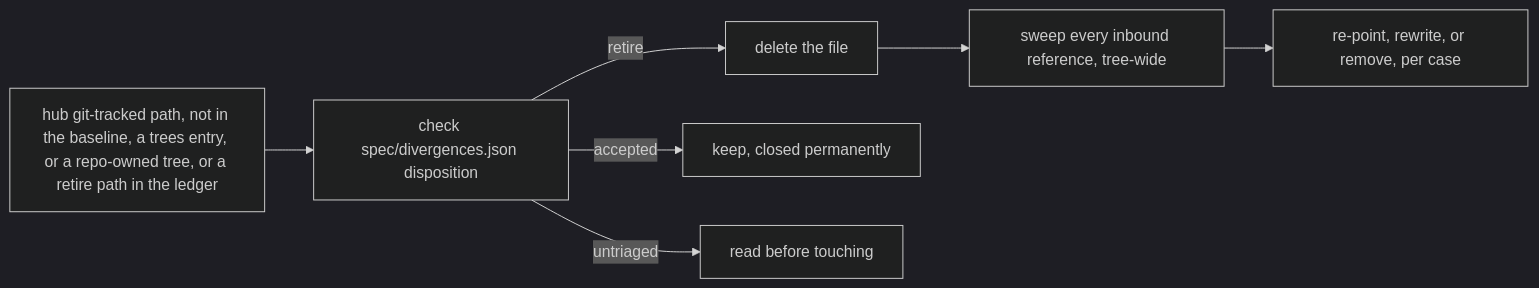
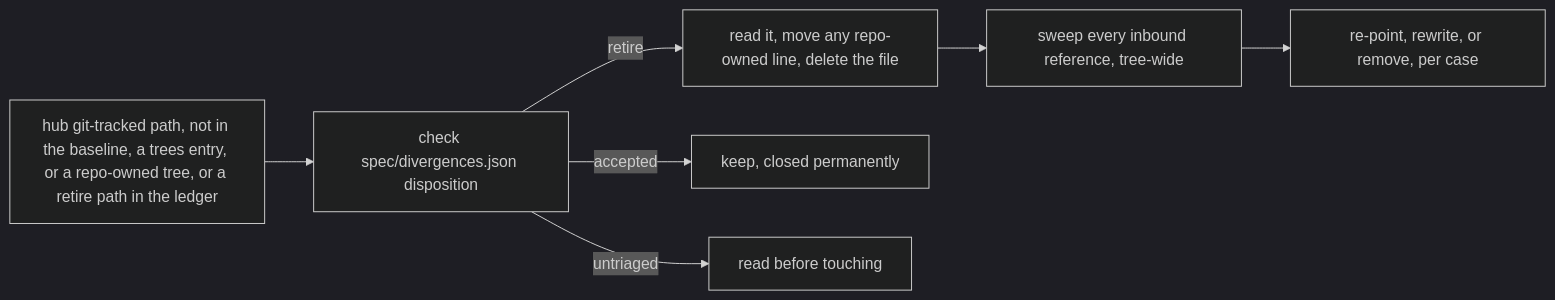
Before and after one commit to ptr727/ProjectTemplate: the second of 2 diagrams in RESYNC.md, drawn with Mermaid (dark theme). The commit also changed 5 other files, not shown here.

````diff
--- a/RESYNC.md
+++ b/RESYNC.md
@@ -94,9 +94,9 @@
 ```mermaid
 flowchart LR
   candidate["hub git-tracked path, not in the baseline, a trees entry, or a repo-owned tree, or a retire path in the ledger"] --> disp["check spec/divergences.json disposition"]
-  disp -->|"retire"| delete["delete the file"]
+  disp -->|"retire"| delete["read it, move any repo-owned line, delete the file"]
   disp -->|"accepted"| keep["keep, closed permanently"]
   disp -->|"untriaged"| read["read before touching"]
   delete --> sweep["sweep every inbound reference, tree-wide"]
   sweep --> fix["re-point, rewrite, or remove, per case"]
 ```
````
